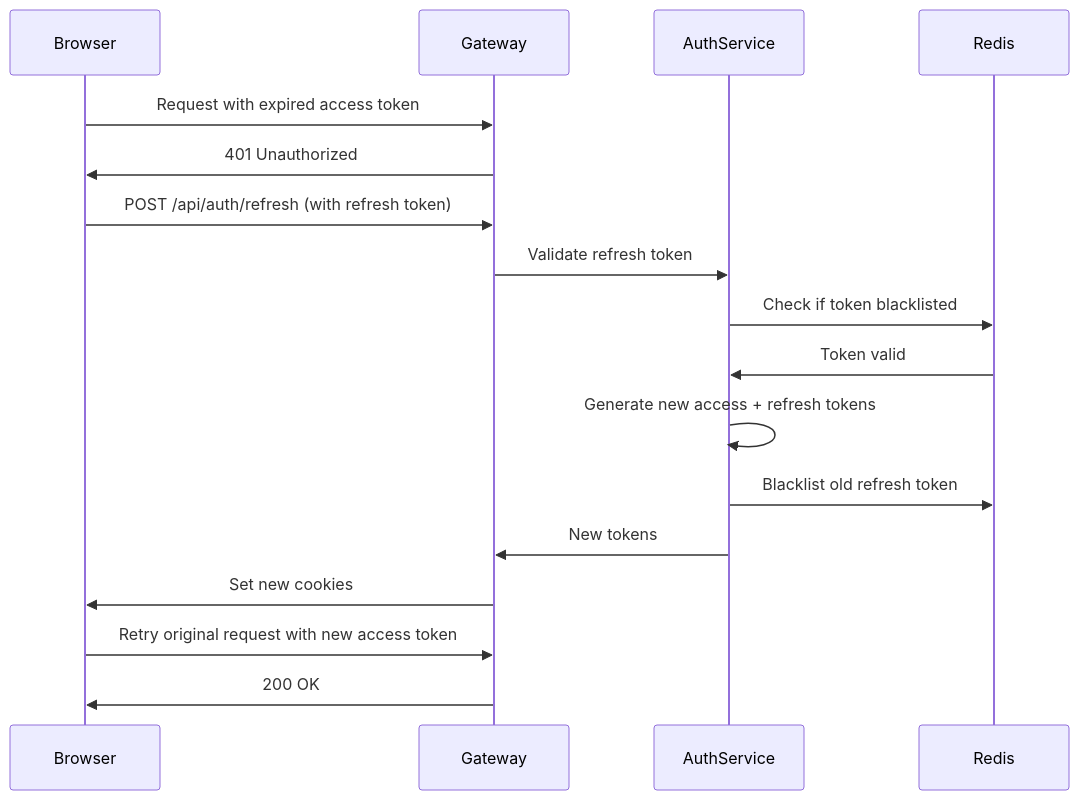
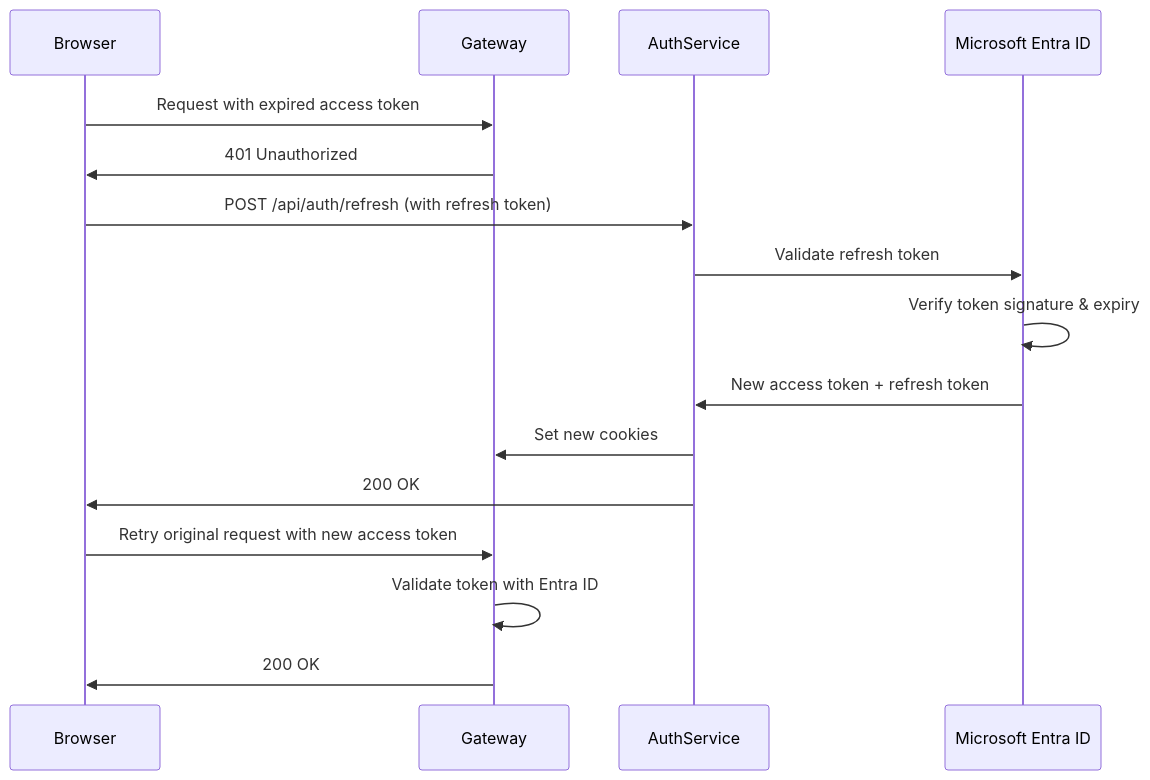
One commit to Azure-Samples/holiday-peak-hub changed the fifth of 13 diagrams in docs/backend_plan.md. Above: the diagram before and after it, drawn with Mermaid. The commit also changed other lines of this file and 4 other files, not shown here.

````diff
--- a/docs/backend_plan.md
+++ b/docs/backend_plan.md
@@ -1409,20 +2045,19 @@
 ```mermaid
 sequenceDiagram
     participant Browser
     participant Gateway
     participant AuthService
-    participant Redis
+    participant EntraID as Microsoft Entra ID
     
     Browser->>Gateway: Request with expired access token
     Gateway->>Browser: 401 Unauthorized
-    Browser->>Gateway: POST /api/auth/refresh (with refresh token)
-    Gateway->>AuthService: Validate refresh token
-    AuthService->>Redis: Check if token blacklisted
-    Redis->>AuthService: Token valid
-    AuthService->>AuthService: Generate new access + refresh tokens
-    AuthService->>Redis: Blacklist old refresh token
-    AuthService->>Gateway: New tokens
-    Gateway->>Browser: Set new cookies
+    Browser->>AuthService: POST /api/auth/refresh (with refresh token)
+    AuthService->>EntraID: Validate refresh token
+    EntraID->>EntraID: Verify token signature & expiry
+    EntraID->>AuthService: New access token + refresh token
+    AuthService->>Gateway: Set new cookies
+    AuthService->>Browser: 200 OK
     Browser->>Gateway: Retry original request with new access token
+    Gateway->>Gateway: Validate token with Entra ID
     Gateway->>Browser: 200 OK
 ```
````
